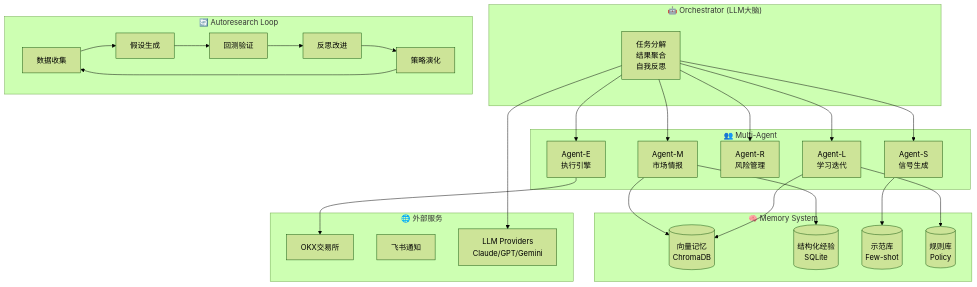
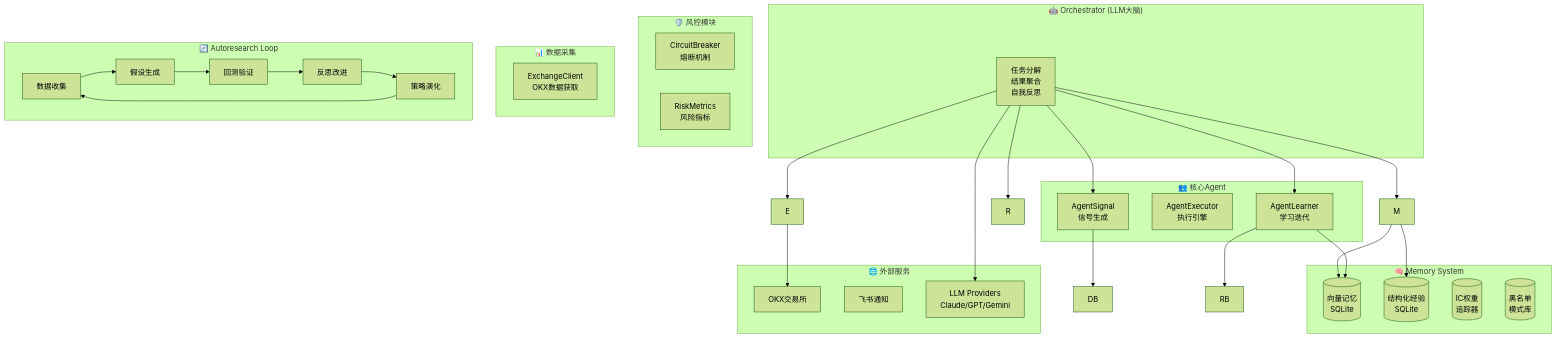
The diagram in README.md (jimz85/miracle_system), drawn with Mermaid (forest theme) before and after one commit. The commit also changed other lines of this file and 2 other files, not shown here.

First line of the commit message:
docs: 架构图与实际实现对齐，requirements.txt严格runtime-only

````diff
--- a/README.md
+++ b/README.md
@@ -16,49 +16,56 @@
 ```mermaid
 graph TB
     subgraph Orchestrator["🤖 Orchestrator (LLM大脑)"]
         O[任务分解<br/>结果聚合<br/>自我反思]
     end
 
-    subgraph Agents["👥 Multi-Agent"]
-        M[Agent-M<br/>市场情报]
-        S[Agent-S<br/>信号生成]
-        R[Agent-R<br/>风险管理]
-        L[Agent-L<br/>学习迭代]
-        E[Agent-E<br/>执行引擎]
+    subgraph Agents["👥 核心Agent"]
+        S[AgentSignal<br/>信号生成]
+        EX[AgentExecutor<br/>执行引擎]
+        L[AgentLearner<br/>学习迭代]
+    end
+
+    subgraph Risk["🛡️ 风控模块"]
+        CB[CircuitBreaker<br/>熔断机制]
+        RM[RiskMetrics<br/>风险指标]
+    end
+
+    subgraph Intel["📊 数据采集"]
+        EC[ExchangeClient<br/>OKX数据获取]
     end
 
     subgraph Memory["🧠 Memory System"]
-        VM[(向量记忆<br/>ChromaDB)]
+        VM[(向量记忆<br/>SQLite)]
         SM[(结构化经验<br/>SQLite)]
-        DB[(示范库<br/>Few-shot)]
-        RB[(规则库<br/>Policy)]
+        IC[(IC权重<br/>追踪器)]
+        BL[(黑名单<br/>模式库)]
     end
 
     subgraph Autoresearch["🔄 Autoresearch Loop"]
         A1[数据收集]
         A2[假设生成]
         A3[回测验证]
         A4[反思改进]
         A5[策略演化]
         A1 --> A2 --> A3 --> A4 --> A5 --> A1
     end
 
     subgraph External["🌐 外部服务"]
         OKX[OKX交易所]
         FEISHU[飞书通知]
         LLM[LLM Providers<br/>Claude/GPT/Gemini]
     end
 
     O --> M
     O --> S
     O --> R
     O --> L
     O --> E
     M --> VM
     M --> SM
     S --> DB
     L --> RB
     E --> OKX
     O --> LLM
     L --> VM
 ```
````
